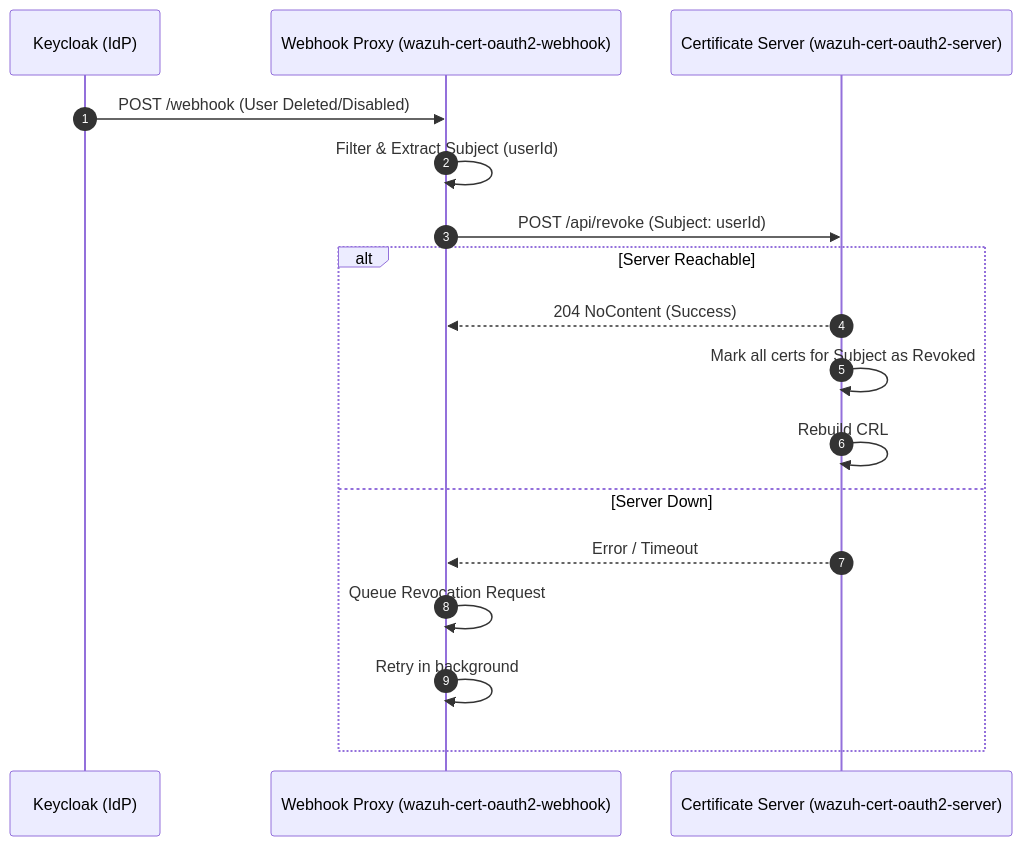
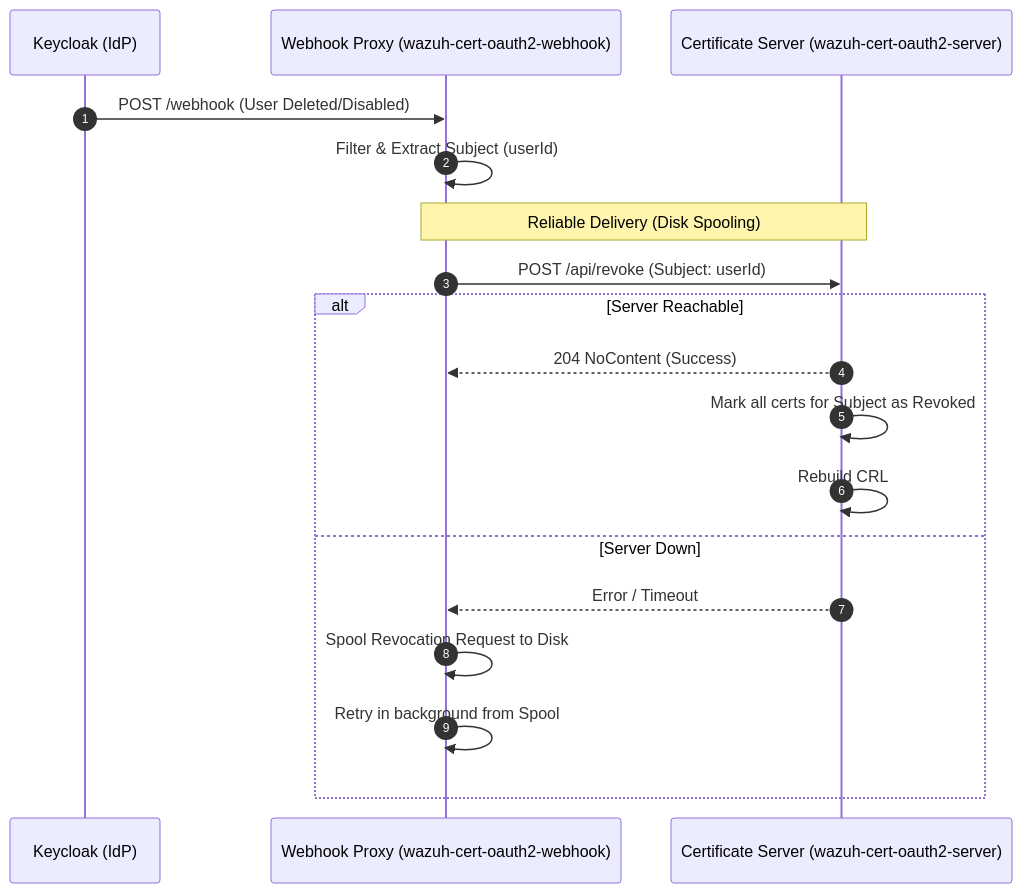
One commit to ADORSYS-GIS/wazuh-cert-oauth2 changed the second of 5 diagrams in docs/architecture.md. Above: the diagram before and after it, drawn with Mermaid. The commit also changed other lines of this file, not shown here.

Commit message:
docs: update architecture to match current implementation

````diff
--- a/docs/architecture.md
+++ b/docs/architecture.md
@@ -69,22 +69,25 @@
 ```mermaid
 sequenceDiagram
     autonumber
 
     participant Keycloak as Keycloak (IdP)
     participant Webhook as Webhook Proxy (wazuh-cert-oauth2-webhook)
     participant Server as Certificate Server (wazuh-cert-oauth2-server)
 
     Keycloak->>Webhook: POST /webhook (User Deleted/Disabled)
     Webhook->>Webhook: Filter & Extract Subject (userId)
+    
+    Note over Webhook,Server: Reliable Delivery (Disk Spooling)
+    
     Webhook->>Server: POST /api/revoke (Subject: userId)
     
     alt Server Reachable
         Server-->>Webhook: 204 NoContent (Success)
         Server->>Server: Mark all certs for Subject as Revoked
         Server->>Server: Rebuild CRL
     else Server Down
         Server-->>Webhook: Error / Timeout
-        Webhook->>Webhook: Queue Revocation Request
-        Webhook->>Webhook: Retry in background
+        Webhook->>Webhook: Spool Revocation Request to Disk
+        Webhook->>Webhook: Retry in background from Spool
     end
 ```
````
